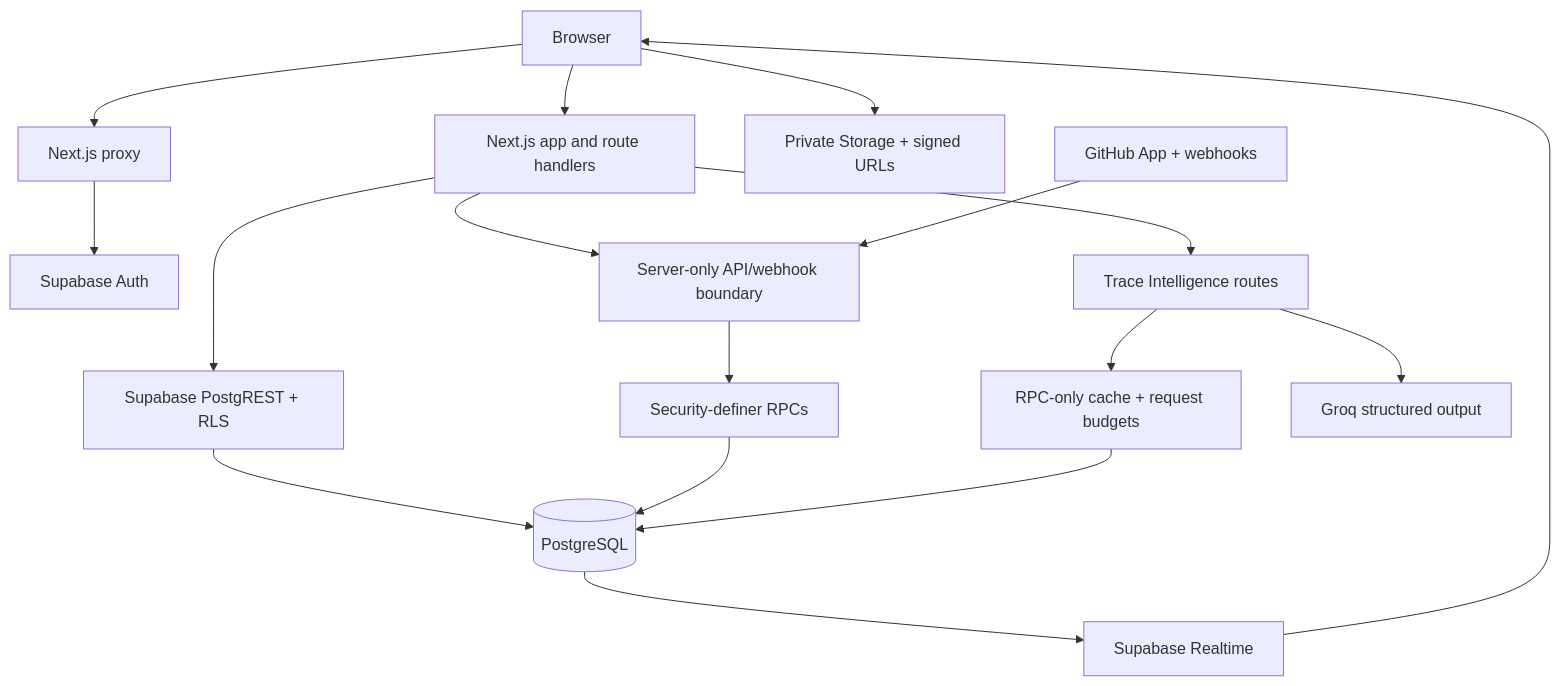
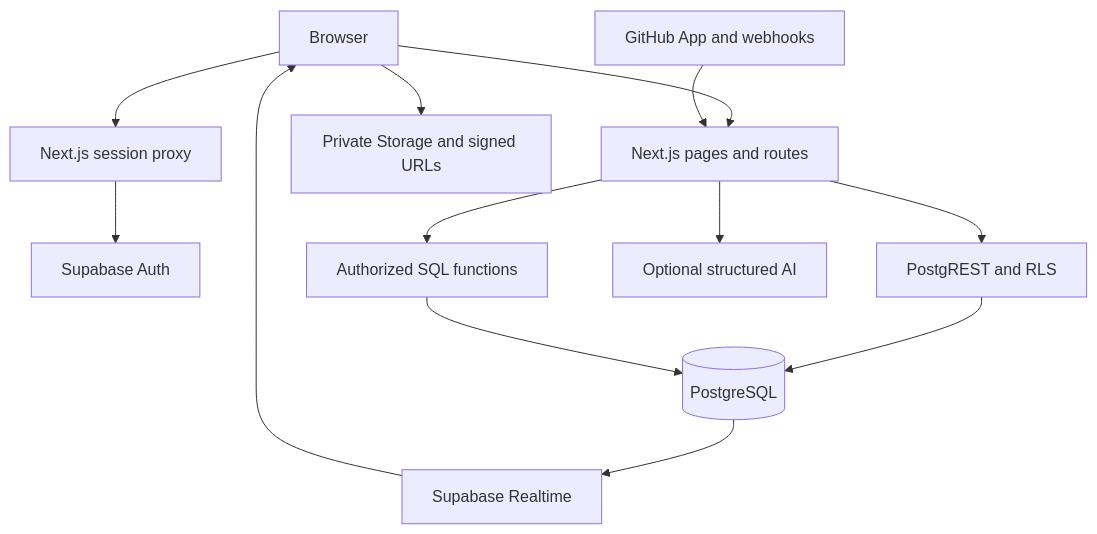
Before and after one commit to ExistedYear/TraceBox: the diagram in README.md, drawn with Mermaid. The commit also changed other lines of this file and 36 other files, not shown here.

````diff
--- a/README.md
+++ b/README.md
@@ -147,19 +233,15 @@
 ```mermaid
 flowchart TD
-  Browser[Browser] --> Proxy[Next.js proxy]
+  Browser --> Proxy[Next.js session proxy]
   Proxy --> Auth[Supabase Auth]
-  Browser --> App[Next.js app and route handlers]
-  App --> RLS[Supabase PostgREST + RLS]
-  App --> Server[Server-only API/webhook boundary]
-  Server --> RPC[Security-definer RPCs]
+  Browser --> App[Next.js pages and routes]
+  App --> RLS[PostgREST and RLS]
+  App --> RPC[Authorized SQL functions]
   RLS --> DB[(PostgreSQL)]
   RPC --> DB
-  Browser --> Storage[Private Storage + signed URLs]
+  Browser --> Storage[Private Storage and signed URLs]
   DB --> Realtime[Supabase Realtime]
   Realtime --> Browser
-  GitHub[GitHub App + webhooks] --> Server
-  App --> Intelligence[Trace Intelligence routes]
-  Intelligence --> Cache[RPC-only cache + request budgets]
-  Intelligence --> Groq[Groq structured output]
-  Cache --> DB
+  GitHub[GitHub App and webhooks] --> App
+  App --> Groq[Optional structured AI]
 ```
````
